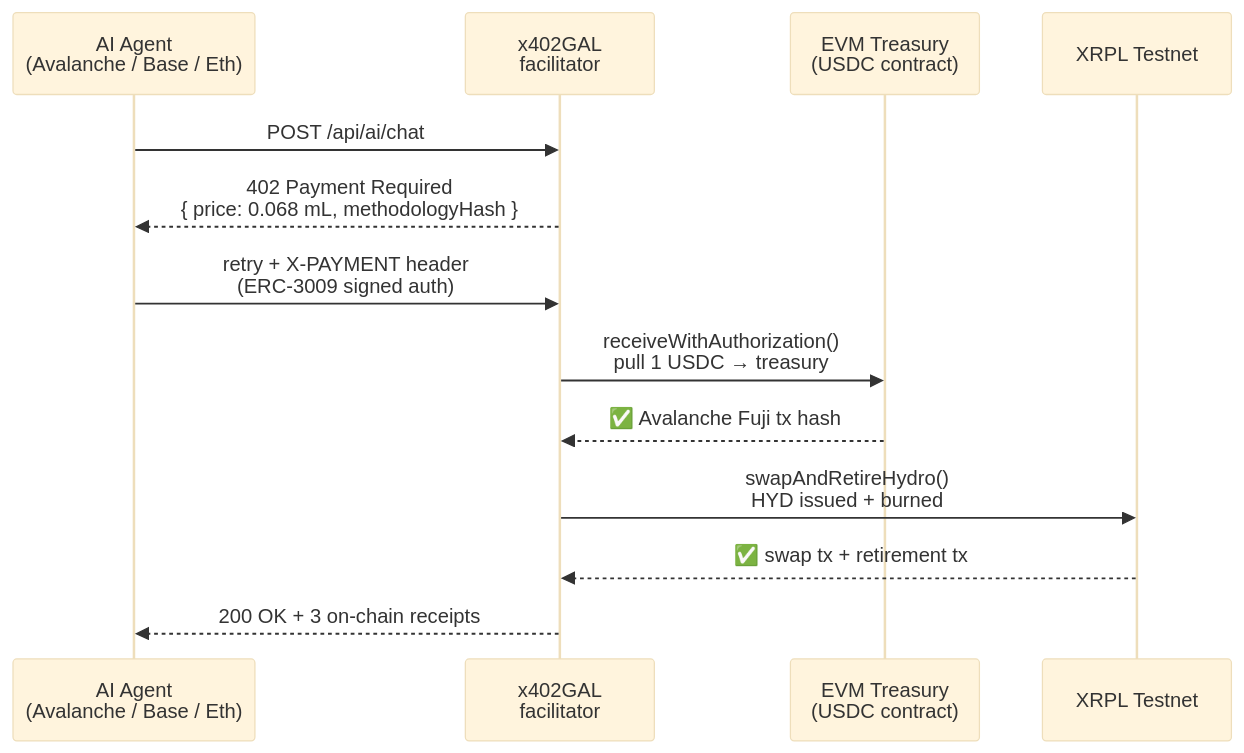
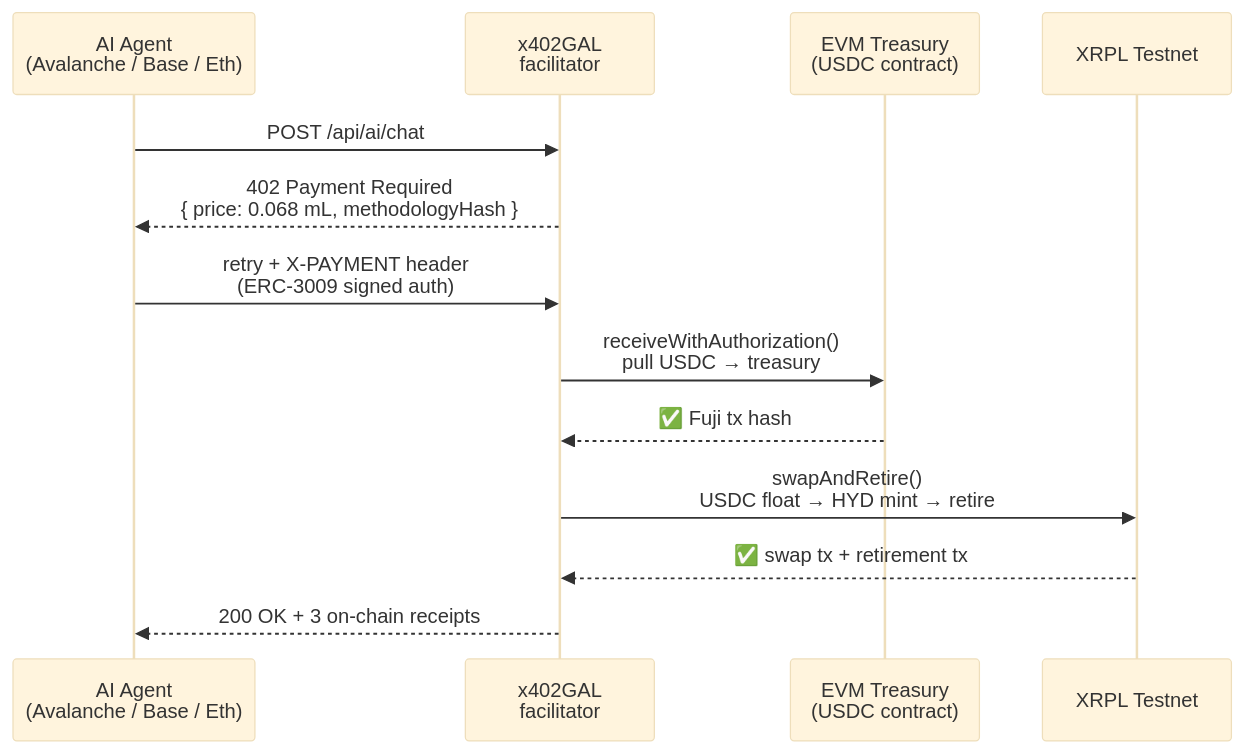
Before and after one commit to EDGECONSULTINGLABS/x402gal: the second of 2 diagrams in README.md, drawn with Mermaid (base theme). The commit also changed other lines of this file, not shown here.

Commit message:
docs: correct sequence diagram — split current (two flows) vs intended (unified); fix 'swap' to mint+retire; note cross-chain trigger is planned

````diff
--- a/README.md
+++ b/README.md
@@ -44,16 +75,16 @@
 ```mermaid
 sequenceDiagram
     participant Agent as AI Agent<br/>(Avalanche / Base / Eth)
     participant GAL as x402GAL<br/>facilitator
     participant EVM as EVM Treasury<br/>(USDC contract)
     participant XRPL as XRPL Testnet
 
     Agent->>GAL: POST /api/ai/chat
     GAL-->>Agent: 402 Payment Required<br/>{ price: 0.068 mL, methodologyHash }
     Agent->>GAL: retry + X-PAYMENT header<br/>(ERC-3009 signed auth)
-    GAL->>EVM: receiveWithAuthorization()<br/>pull 1 USDC → treasury
-    EVM-->>GAL: ✅ Avalanche Fuji tx hash
-    GAL->>XRPL: swapAndRetireHydro()<br/>HYD issued + burned
+    GAL->>EVM: receiveWithAuthorization()<br/>pull USDC → treasury
+    EVM-->>GAL: ✅ Fuji tx hash
+    GAL->>XRPL: swapAndRetire()<br/>USDC float → HYD mint → retire
     XRPL-->>GAL: ✅ swap tx + retirement tx
     GAL-->>Agent: 200 OK + 3 on-chain receipts
 ```
````
